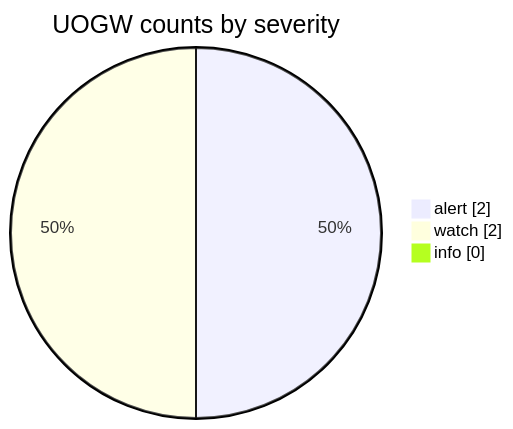
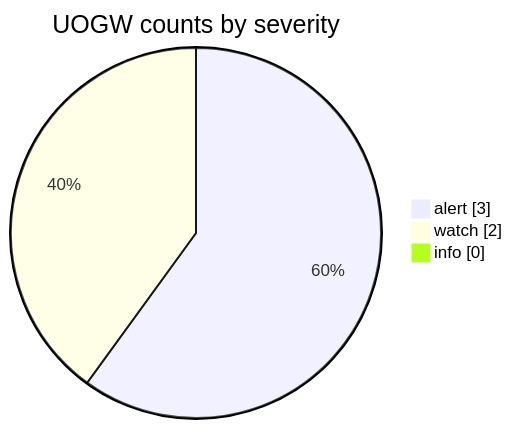
Before and after one commit to Midwest-Stratospheric/aerostratospheric-defense-gir: the fourth of 6 diagrams in docs/GRAPHS.md, drawn with Mermaid. The commit also changed other lines of this file and 26 other files, not shown here.

````diff
--- a/docs/GRAPHS.md
+++ b/docs/GRAPHS.md
@@ -66,7 +66,7 @@
 ```mermaid
 pie showData
   title UOGW counts by severity
-  "alert" : 2
+  "alert" : 3
   "watch" : 2
   "info" : 0
 ```
````
